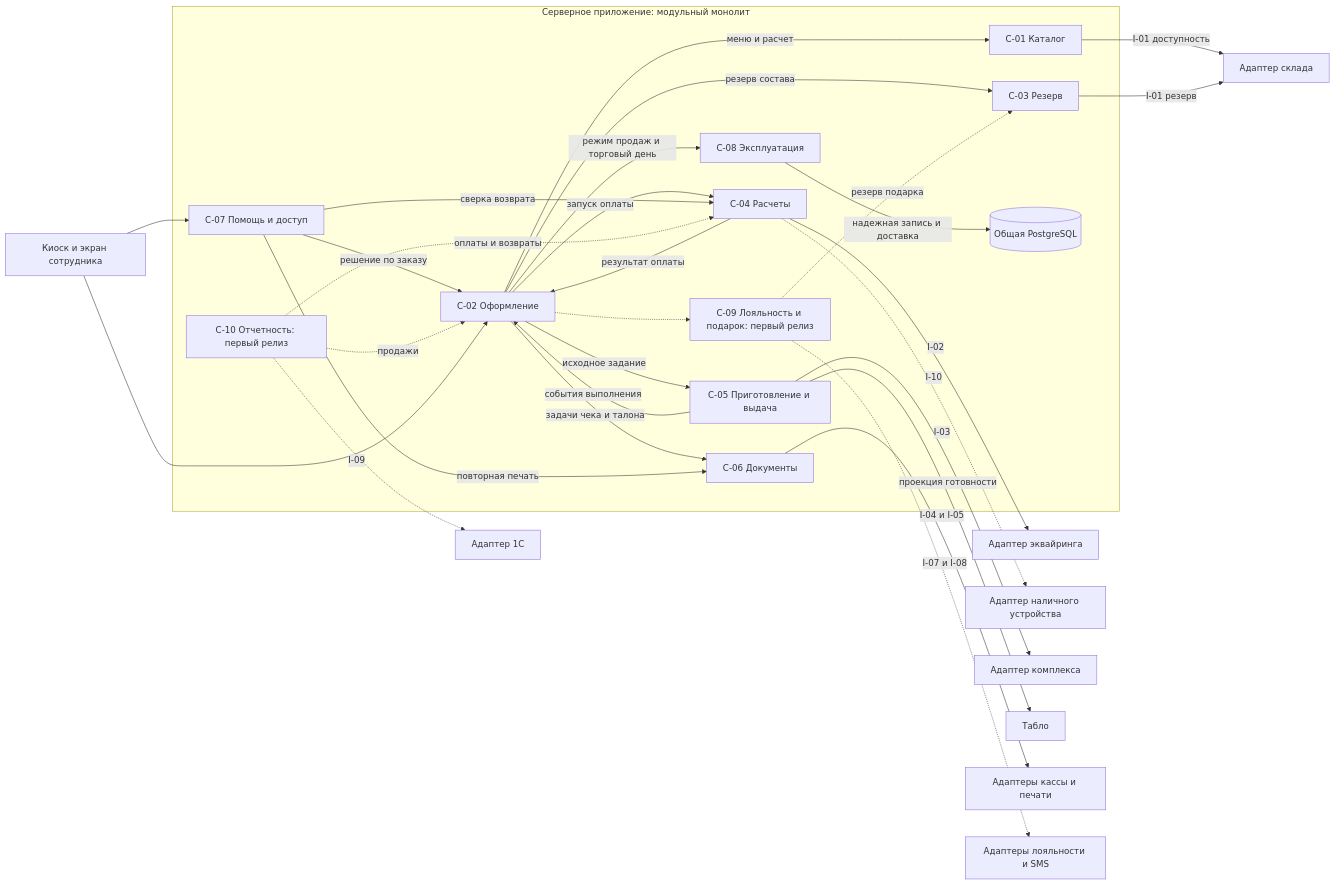
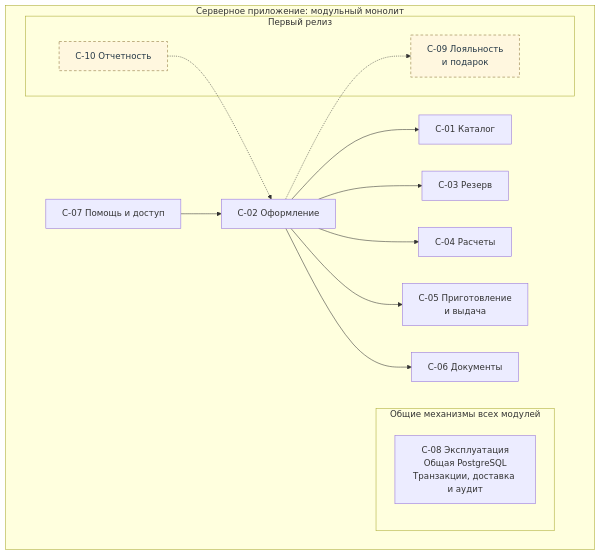
Before and after one commit to n-leo-leo/restaurant-order-board: the third of 3 diagrams in docs/project/published/04_architecture/components.md, drawn with Mermaid. The commit also changed other lines of this file and 2 other files, not shown here.

Commit message:
Исправление диаграммы

````diff
--- a/docs/project/published/04_architecture/components.md
+++ b/docs/project/published/04_architecture/components.md
@@ -80,43 +80,31 @@
 ```mermaid
+%%{init: {"themeVariables": {"fontFamily": "Arial, sans-serif"}, "flowchart": {"htmlLabels": false}}}%%
 flowchart LR
-  Client[Киоск и экран сотрудника]
   subgraph Server[Серверное приложение: модульный монолит]
+    direction LR
+    C07[C-07 Помощь и доступ]
+    C02[C-02 Оформление]
     C01[C-01 Каталог]
-    C02[C-02 Оформление]
     C03[C-03 Резерв]
     C04[C-04 Расчеты]
-    C05[C-05 Приготовление и выдача]
+    C05[C-05 Приготовление<br/>и выдача]
     C06[C-06 Документы]
-    C07[C-07 Помощь и доступ]
-    C08[C-08 Эксплуатация]
-    C09[C-09 Лояльность и подарок: первый релиз]
-    C10[C-10 Отчетность: первый релиз]
-    C02 -->|меню и расчет| C01
-    C02 -->|резерв состава| C03
-    C02 -->|запуск оплаты| C04
-    C04 -->|результат оплаты| C02
-    C02 -->|исходное задание| C05
-    C05 -->|события выполнения| C02
-    C02 -->|задачи чека и талона| C06
-    C07 -->|решение по заказу| C02
-    C07 -->|сверка возврата| C04
-    C07 -->|повторная печать| C06
-    C02 -->|режим продаж и торговый день| C08
-    C08 -->|надежная запись и доставка| DB[(Общая PostgreSQL)]
+    subgraph Shared[Общие механизмы всех модулей]
+      C08[C-08 Эксплуатация<br/>Общая PostgreSQL<br/>Транзакции, доставка и аудит]
+    end
+    subgraph R1[Первый релиз]
+      C09[C-09 Лояльность<br/>и подарок]
+      C10[C-10 Отчетность]
+    end
+    C07 --> C02
+    C02 --> C01
+    C02 --> C03
+    C02 --> C04
+    C02 --> C05
+    C02 --> C06
     C02 -.-> C09
-    C09 -.->|резерв подарка| C03
-    C10 -.->|продажи| C02
-    C10 -.->|оплаты и возвраты| C04
+    C10 -.-> C02
   end
-  Client --> C02
-  Client --> C07
-  C01 -->|I-01 доступность| Stock[Адаптер склада]
-  C03 -->|I-01 резерв| Stock
-  C04 -->|I-02| Pay[Адаптер эквайринга]
-  C04 -.->|I-10| CashDevice[Адаптер наличного устройства]
-  C05 -->|I-03| Robot[Адаптер комплекса]
-  C05 -->|проекция готовности| Board[Табло]
-  C06 -->|I-04 и I-05| Docs[Адаптеры кассы и печати]
-  C09 -.->|I-07 и I-08| Loyalty[Адаптеры лояльности и SMS]
-  C10 -.->|I-09| Accounting[Адаптер 1С]
+  classDef firstRelease fill:#fff7df,stroke:#8a7137,stroke-dasharray:5 4,color:#243746
+  class C09,C10 firstRelease
 ```
````
